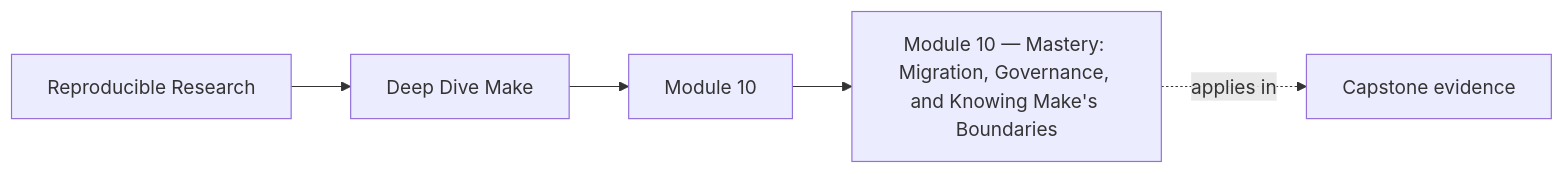
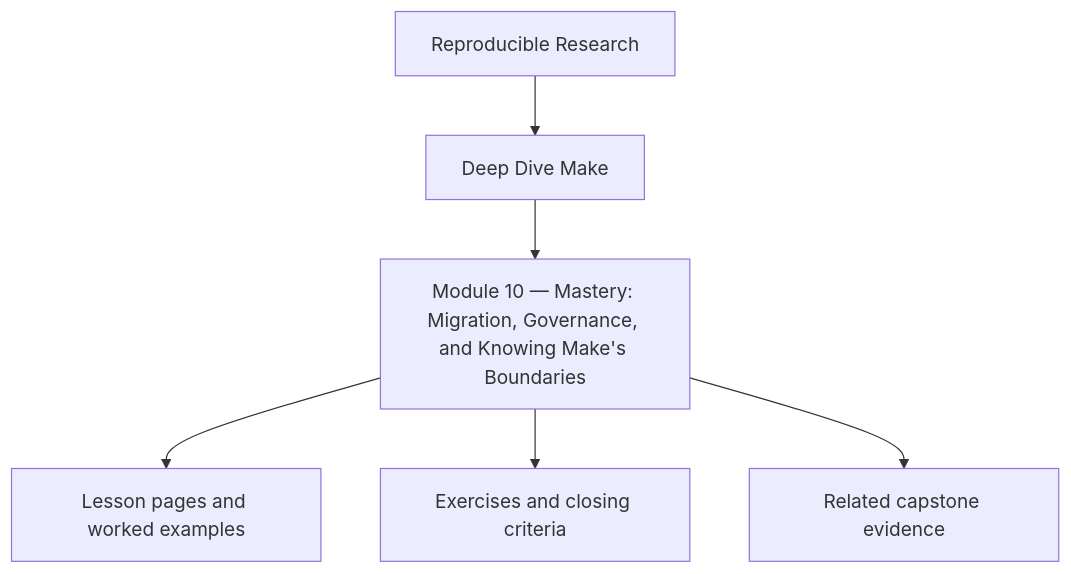
The first of 2 diagrams in programs/reproducible-research/deep-dive-make/course-book/module-10-migration-governance-and-make-boundaries/index.md (bijux/bijux-masterclass), drawn with Mermaid before and after one commit. The commit also changed other lines of this file and 10 other files, not shown here.

Commit message:
docs(deep-dive-make): reposition module overview diagrams

````diff
--- a/programs/reproducible-research/deep-dive-make/course-book/module-10-migration-governance-and-make-boundaries/index.md
+++ b/programs/reproducible-research/deep-dive-make/course-book/module-10-migration-governance-and-make-boundaries/index.md
@@ -9,11 +9,8 @@
 ```mermaid
-graph LR
-  family["Reproducible Research"]
-  program["Deep Dive Make"]
-  section["Module 10"]
-  page["Module 10 — Mastery: Migration, Governance, and Knowing Make's Boundaries"]
-  capstone["Capstone evidence"]
-
-  family --> program --> section --> page
-  page -.applies in.-> capstone
+flowchart TD
+  family["Reproducible Research"] --> program["Deep Dive Make"]
+  program --> module["Module 10 — Mastery: Migration, Governance, and Knowing Make's Boundaries"]
+  module --> lessons["Lesson pages and worked examples"]
+  module --> checkpoints["Exercises and closing criteria"]
+  module --> capstone["Related capstone evidence"]
 ```
````
